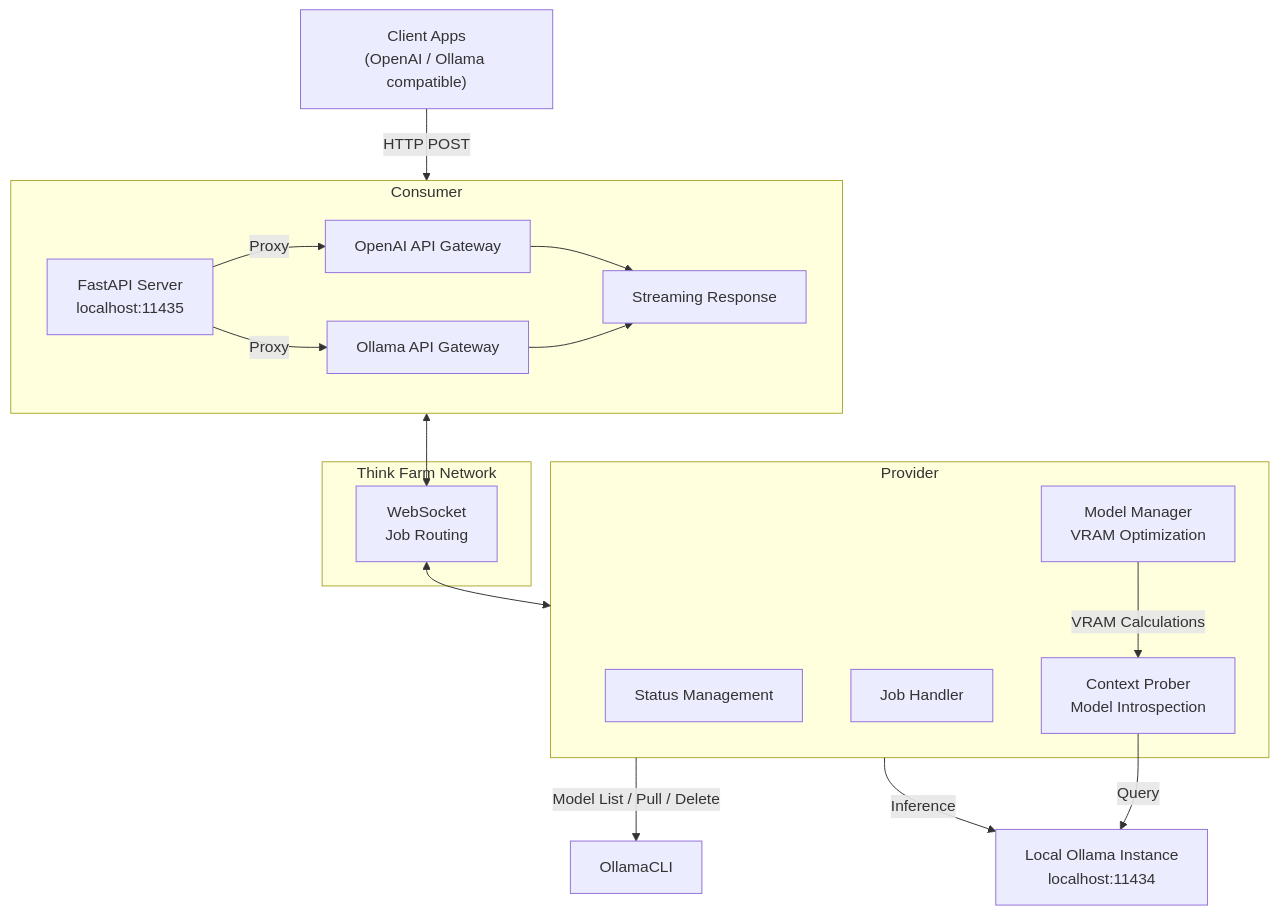
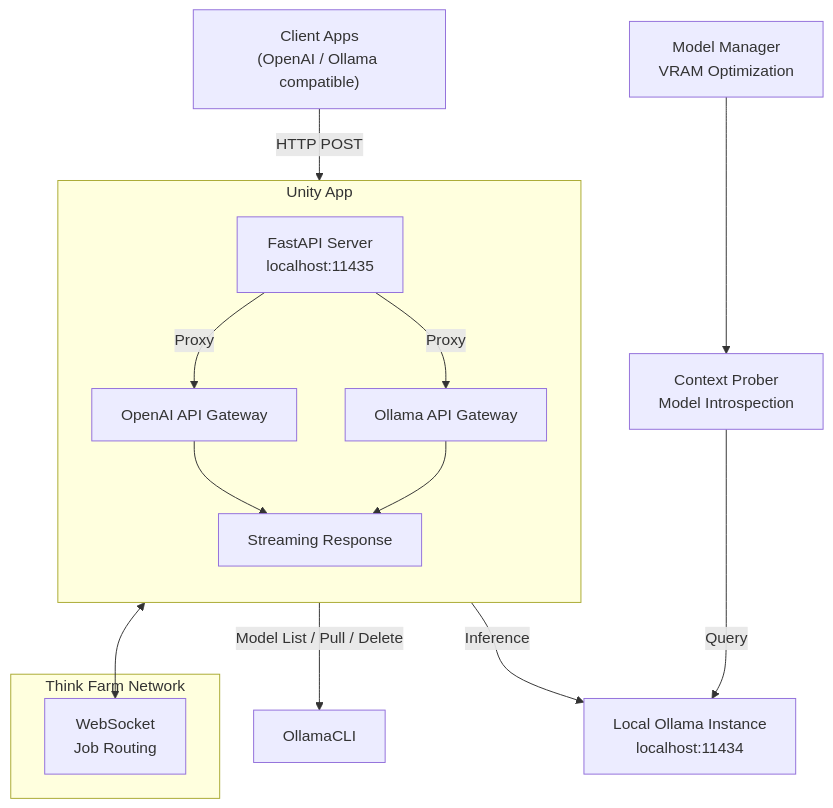
Before and after one commit to pxp888/thinkfarm: the diagram in README.md, drawn with Mermaid. The commit also changed other lines of this file and 20 other files, not shown here.

````diff
--- a/README.md
+++ b/README.md
@@ -18,29 +18,23 @@
 ```mermaid
 flowchart TB
-    ClientApps["Client Apps\n(OpenAI / Ollama compatible)"] -->|HTTP POST| Consumer
+    ClientApps["Client Apps\n(OpenAI / Ollama compatible)"] -->|HTTP POST| Unity
 
-    subgraph Consumer[Consumer]
-        ConsumerAPI["FastAPI Server\nlocalhost:11435"]
-        ConsumerAPI -->|Proxy| OpenAIGW[OpenAI API Gateway]
-        ConsumerAPI -->|Proxy| OllamaGW[Ollama API Gateway]
+    subgraph Unity[Unity App]
+        direction TB
+        UnityAPI["FastAPI Server\nlocalhost:11435"]
+        UnityAPI -->|Proxy| OpenAIGW[OpenAI API Gateway]
+        UnityAPI -->|Proxy| OllamaGW[Ollama API Gateway]
         OpenAIGW & OllamaGW --> Streaming[Streaming Response]
     end
 
     subgraph ThinkFarm[Think Farm Network]
         WS["WebSocket\nJob Routing"]
     end
 
-    subgraph Provider[Provider]
-        StatusMgmt[Status Management]
-        JobHandler[Job Handler]
-        Mgr["Model Manager\nVRAM Optimization"]
-        Prober["Context Prober\nModel Introspection"]
-    end
+    Unity <--> WS
 
-    Consumer <--> WS <--> Provider
-
-    Provider -->|Model List / Pull / Delete| OllamaCLI
-    Mgr -->|VRAM Calculations| Prober
+    Unity -->|Model List / Pull / Delete| OllamaCLI
+    Mgr["Model Manager\nVRAM Optimization"] --> Prober["Context Prober\nModel Introspection"]
     Prober -->|Query| Ollama["Local Ollama Instance\nlocalhost:11434"]
-    Provider -->|Inference| Ollama
+    Unity -->|Inference| Ollama
 ```
````
